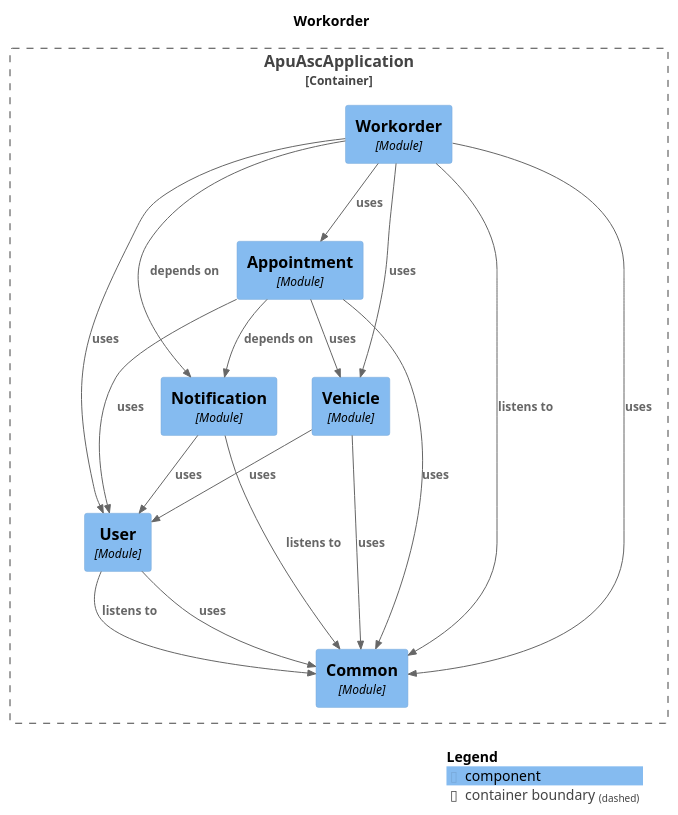
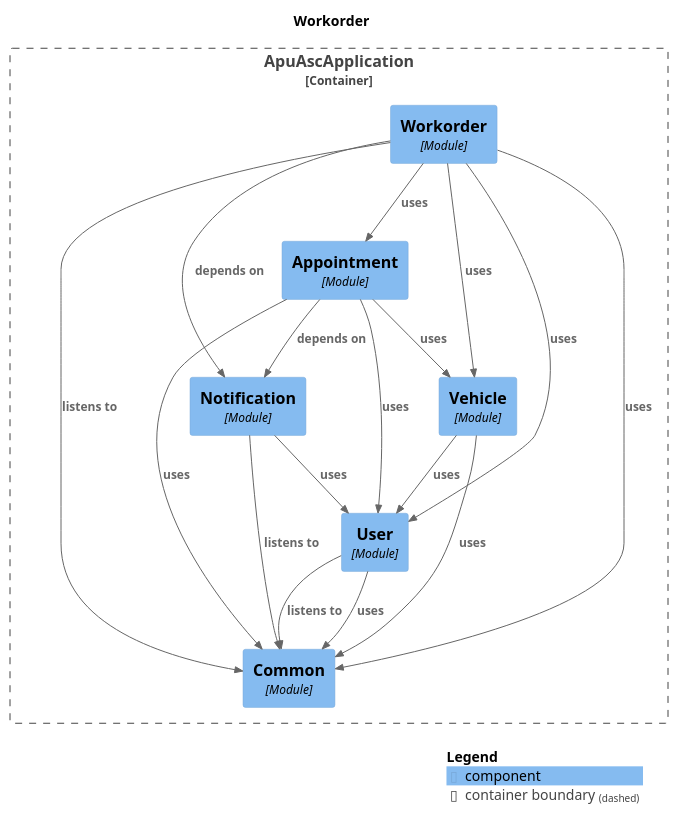
One commit to ryanlau1220/APU-ASC changed the diagram in docs/diagrams/puml/module-workorder.puml. Above: the diagram before and after it, drawn with PlantUML. The commit also changed other lines of this file and 14 other files, not shown here.

Commit message:
reorder C4 component definitions and relationship entries for consistency across module diagrams

```diff
--- a/docs/diagrams/puml/module-workorder.puml
+++ b/docs/diagrams/puml/module-workorder.puml
@@ -1,38 +1,38 @@
 @startuml
 set separator none
 title Workorder
 
 top to bottom direction
 
 !include <C4/C4>
 !include <C4/C4_Context>
 !include <C4/C4_Component>
 
 Container_Boundary("ApuAscApplication.ApuAscApplication_boundary", "ApuAscApplication", $tags="") {
+  Component(ApuAscApplication.ApuAscApplication.Appointment, "Appointment", $techn="Module", $descr="", $tags="", $link="")
+  Component(ApuAscApplication.ApuAscApplication.Common, "Common", $techn="Module", $descr="", $tags="", $link="")
+  Component(ApuAscApplication.ApuAscApplication.Notification, "Notification", $techn="Module", $descr="", $tags="", $link="")
   Component(ApuAscApplication.ApuAscApplication.User, "User", $techn="Module", $descr="", $tags="", $link="")
+  Component(ApuAscApplication.ApuAscApplication.Vehicle, "Vehicle", $techn="Module", $descr="", $tags="", $link="")
   Component(ApuAscApplication.ApuAscApplication.Workorder, "Workorder", $techn="Module", $descr="", $tags="", $link="")
-  Component(ApuAscApplication.ApuAscApplication.Appointment, "Appointment", $techn="Module", $descr="", $tags="", $link="")
-  Component(ApuAscApplication.ApuAscApplication.Vehicle, "Vehicle", $techn="Module", $descr="", $tags="", $link="")
-  Component(ApuAscApplication.ApuAscApplication.Notification, "Notification", $techn="Module", $descr="", $tags="", $link="")
-  Component(ApuAscApplication.ApuAscApplication.Common, "Common", $techn="Module", $descr="", $tags="", $link="")
 }
 
+Rel(ApuAscApplication.ApuAscApplication.Appointment, ApuAscApplication.ApuAscApplication.Common, "uses", $techn="", $tags="", $link="")
 Rel(ApuAscApplication.ApuAscApplication.Appointment, ApuAscApplication.ApuAscApplication.Notification, "depends on", $techn="", $tags="", $link="")
+Rel(ApuAscApplication.ApuAscApplication.Appointment, ApuAscApplication.ApuAscApplication.User, "uses", $techn="", $tags="", $link="")
 Rel(ApuAscApplication.ApuAscApplication.Appointment, ApuAscApplication.ApuAscApplication.Vehicle, "uses", $techn="", $tags="", $link="")
-Rel(ApuAscApplication.ApuAscApplication.Appointment, ApuAscApplication.ApuAscApplication.User, "uses", $techn="", $tags="", $link="")
-Rel(ApuAscApplication.ApuAscApplication.Appointment, ApuAscApplication.ApuAscApplication.Common, "uses", $techn="", $tags="", $link="")
-Rel(ApuAscApplication.ApuAscApplication.Vehicle, ApuAscApplication.ApuAscApplication.User, "uses", $techn="", $tags="", $link="")
-Rel(ApuAscApplication.ApuAscApplication.Vehicle, ApuAscApplication.ApuAscApplication.Common, "uses", $techn="", $tags="", $link="")
-Rel(ApuAscApplication.ApuAscApplication.Workorder, ApuAscApplication.ApuAscApplication.Common, "listens to", $techn="", $tags="", $link="")
-Rel(ApuAscApplication.ApuAscApplication.Workorder, ApuAscApplication.ApuAscApplication.Notification, "depends on", $techn="", $tags="", $link="")
-Rel(ApuAscApplication.ApuAscApplication.Workorder, ApuAscApplication.ApuAscApplication.Appointment, "uses", $techn="", $tags="", $link="")
-Rel(ApuAscApplication.ApuAscApplication.Workorder, ApuAscApplication.ApuAscApplication.Vehicle, "uses", $techn="", $tags="", $link="")
-Rel(ApuAscApplication.ApuAscApplication.Workorder, ApuAscApplication.ApuAscApplication.User, "uses", $techn="", $tags="", $link="")
-Rel(ApuAscApplication.ApuAscApplication.Workorder, ApuAscApplication.ApuAscApplication.Common, "uses", $techn="", $tags="", $link="")
 Rel(ApuAscApplication.ApuAscApplication.Notification, ApuAscApplication.ApuAscApplication.Common, "listens to", $techn="", $tags="", $link="")
 Rel(ApuAscApplication.ApuAscApplication.Notification, ApuAscApplication.ApuAscApplication.User, "uses", $techn="", $tags="", $link="")
 Rel(ApuAscApplication.ApuAscApplication.User, ApuAscApplication.ApuAscApplication.Common, "listens to", $techn="", $tags="", $link="")
 Rel(ApuAscApplication.ApuAscApplication.User, ApuAscApplication.ApuAscApplication.Common, "uses", $techn="", $tags="", $link="")
+Rel(ApuAscApplication.ApuAscApplication.Vehicle, ApuAscApplication.ApuAscApplication.Common, "uses", $techn="", $tags="", $link="")
+Rel(ApuAscApplication.ApuAscApplication.Vehicle, ApuAscApplication.ApuAscApplication.User, "uses", $techn="", $tags="", $link="")
+Rel(ApuAscApplication.ApuAscApplication.Workorder, ApuAscApplication.ApuAscApplication.Appointment, "uses", $techn="", $tags="", $link="")
+Rel(ApuAscApplication.ApuAscApplication.Workorder, ApuAscApplication.ApuAscApplication.Common, "listens to", $techn="", $tags="", $link="")
+Rel(ApuAscApplication.ApuAscApplication.Workorder, ApuAscApplication.ApuAscApplication.Common, "uses", $techn="", $tags="", $link="")
+Rel(ApuAscApplication.ApuAscApplication.Workorder, ApuAscApplication.ApuAscApplication.Notification, "depends on", $techn="", $tags="", $link="")
+Rel(ApuAscApplication.ApuAscApplication.Workorder, ApuAscApplication.ApuAscApplication.User, "uses", $techn="", $tags="", $link="")
+Rel(ApuAscApplication.ApuAscApplication.Workorder, ApuAscApplication.ApuAscApplication.Vehicle, "uses", $techn="", $tags="", $link="")
 
 SHOW_LEGEND(true)
 @enduml
```
